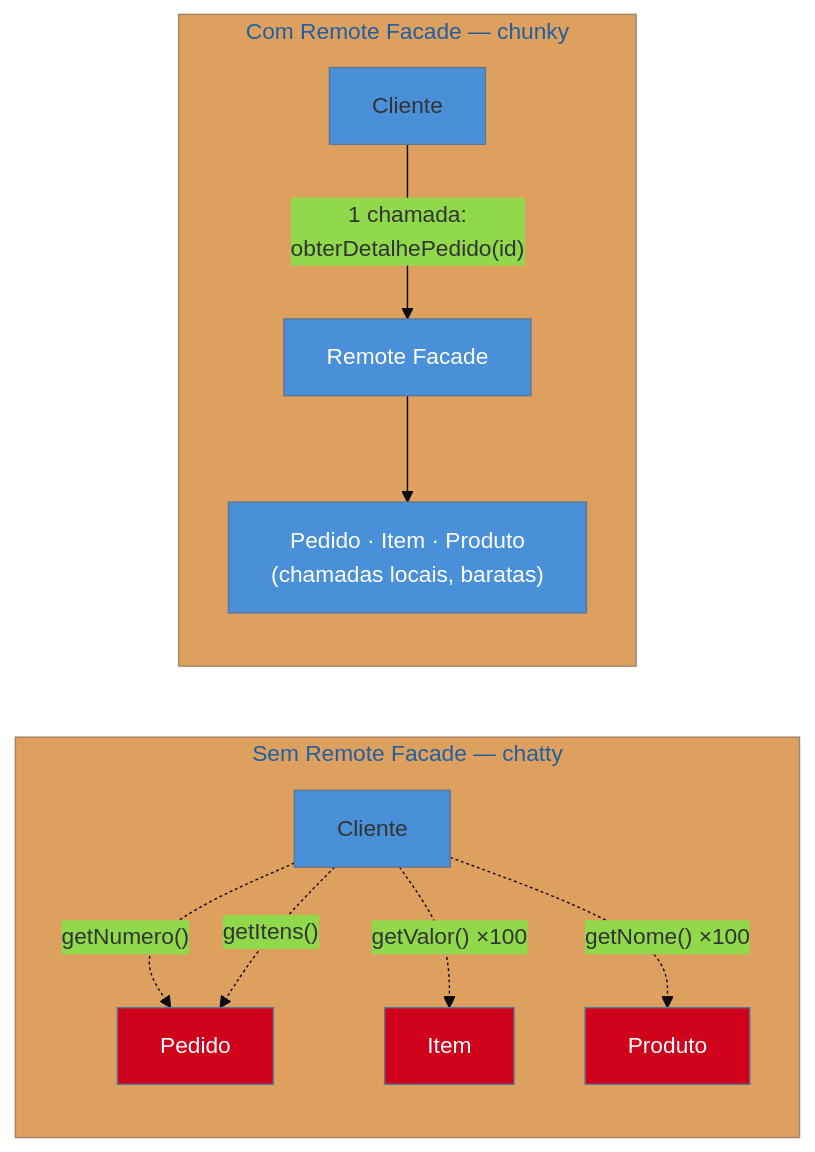
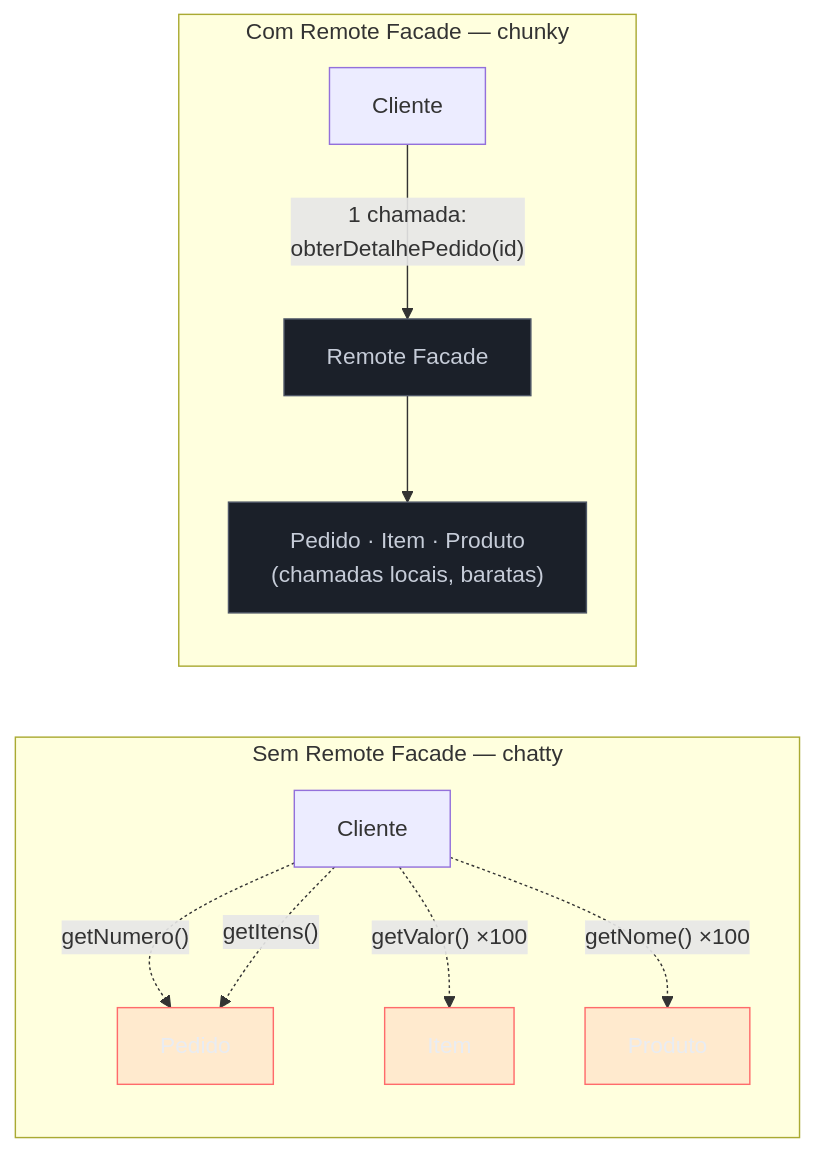
One commit to josenaldo/codex-technomanticus changed the diagram in 03-Dominios/Engenharia/Design de Software/Padrões de Projeto/Aplicação Corporativa/06 - Remote Facade.md. Above: the diagram before and after it, drawn with Mermaid. The commit also changed 1181 other files, not shown here.

First line of the commit message:
fix(diagramas): paleta do sistema no lugar de cor cravada no markdown

````diff
--- a/03-Dominios/Engenharia/Design de Software/Padrões de Projeto/Aplicação Corporativa/06 - Remote Facade.md
+++ b/03-Dominios/Engenharia/Design de Software/Padrões de Projeto/Aplicação Corporativa/06 - Remote Facade.md
@@ -53,21 +53,22 @@
 ```mermaid
-%%{init: {"theme": "base", "themeVariables": {"primaryColor": "#4A90D9"}}}%%
 graph LR
+    classDef falha fill:#FF6B6B24,stroke:#FF6B6B,color:#E9ECF2
+    classDef neutro fill:#1B2029,stroke:#4E5666,color:#C6CCD8
     subgraph SEM["Sem Remote Facade — chatty"]
         C1["Cliente"] -.->|"getNumero()"| O1["Pedido"]
         C1 -.->|"getItens()"| O1
         C1 -.->|"getValor() ×100"| O2["Item"]
         C1 -.->|"getNome() ×100"| O3["Produto"]
     end
 
     subgraph COM["Com Remote Facade — chunky"]
         C2["Cliente"] -->|"1 chamada:<br/>obterDetalhePedido(id)"| RF["Remote Facade"]
         RF --> P["Pedido · Item · Produto<br/>(chamadas locais, baratas)"]
     end
 
-    style O1 fill:#D0021B,color:#fff
-    style O2 fill:#D0021B,color:#fff
-    style O3 fill:#D0021B,color:#fff
-    style RF fill:#4A90D9,color:#fff
-    style P fill:#4A90D9,color:#fff
+    class O1 falha
+    class O2 falha
+    class O3 falha
+    class RF neutro
+    class P neutro
 ```
````
